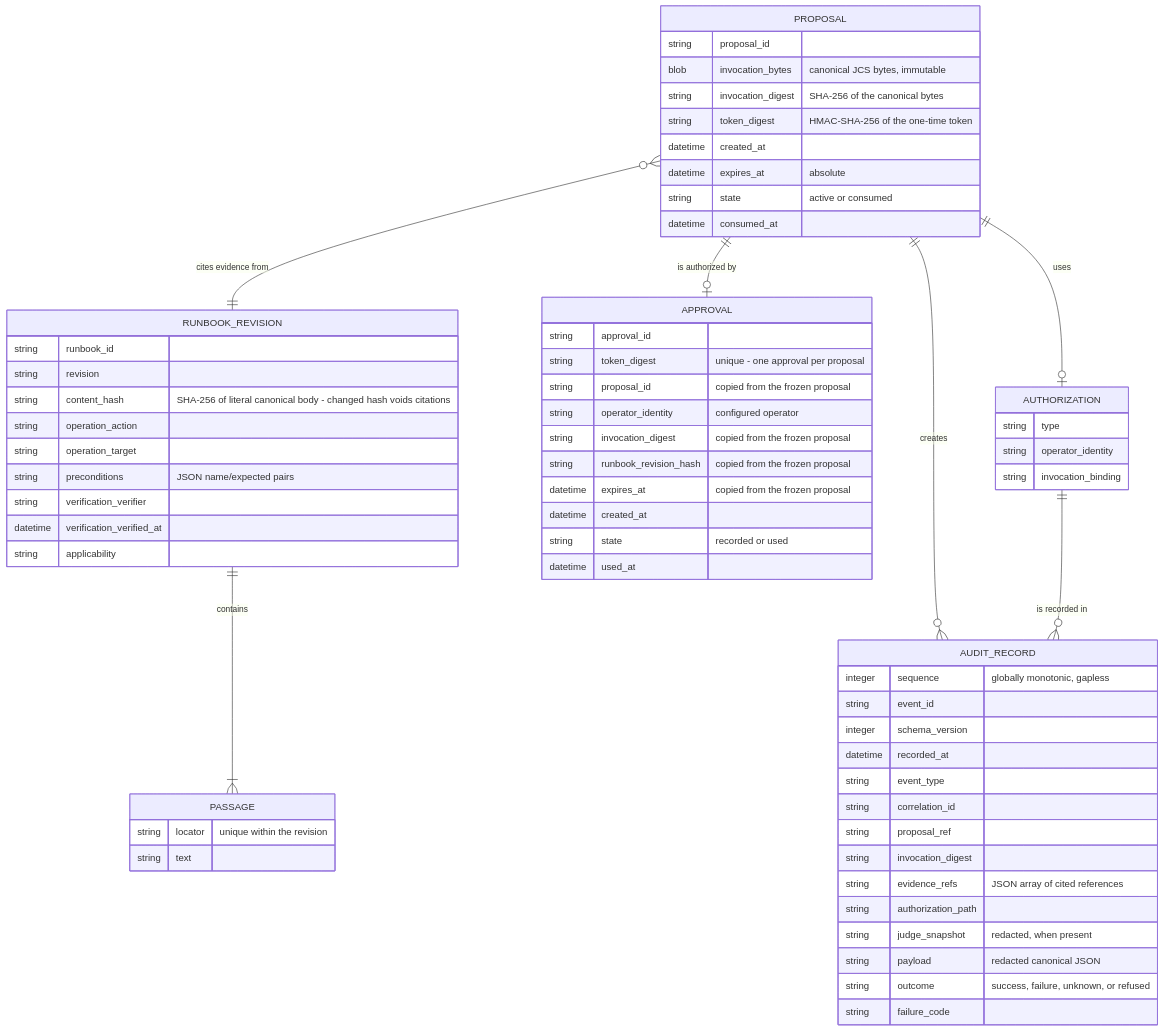
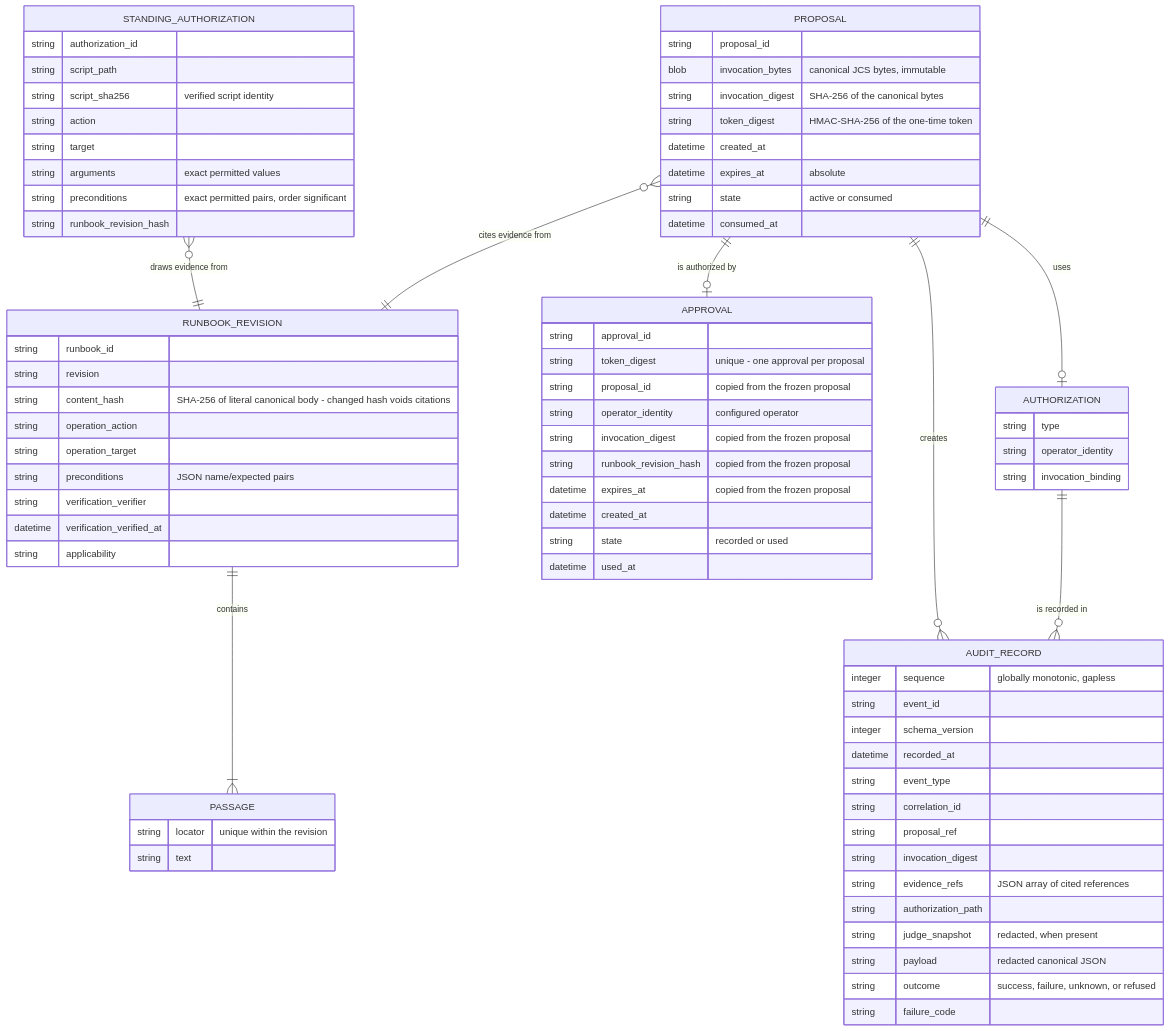
The second of 2 diagrams in docs/architecture.md (alanfong93/ops-guard), drawn with Mermaid before and after one commit. The commit also changed 6 other files, not shown here.

First line of the commit message:
feat: exact complete-invocation standing authorization (#13) (#23)

````diff
--- a/docs/architecture.md
+++ b/docs/architecture.md
@@ -28,67 +28,78 @@
 ```mermaid
 erDiagram
     RUNBOOK_REVISION ||--|{ PASSAGE : "contains"
+    STANDING_AUTHORIZATION }o--|| RUNBOOK_REVISION : "draws evidence from"
     PROPOSAL }o--|| RUNBOOK_REVISION : "cites evidence from"
     PROPOSAL ||--o| APPROVAL : "is authorized by"
     PROPOSAL ||--o| AUTHORIZATION : "uses"
     PROPOSAL ||--o{ AUDIT_RECORD : "creates"
     AUTHORIZATION ||--o{ AUDIT_RECORD : "is recorded in"
+    STANDING_AUTHORIZATION {
+        string authorization_id
+        string script_path
+        string script_sha256 "verified script identity"
+        string action
+        string target
+        string arguments "exact permitted values"
+        string preconditions "exact permitted pairs, order significant"
+        string runbook_revision_hash
+    }
     RUNBOOK_REVISION {
         string runbook_id
         string revision
         string content_hash "SHA-256 of literal canonical body - changed hash voids citations"
         string operation_action
         string operation_target
         string preconditions "JSON name/expected pairs"
         string verification_verifier
         datetime verification_verified_at
         string applicability
     }
     PASSAGE {
         string locator "unique within the revision"
         string text
     }
     PROPOSAL {
         string proposal_id
         blob invocation_bytes "canonical JCS bytes, immutable"
         string invocation_digest "SHA-256 of the canonical bytes"
         string token_digest "HMAC-SHA-256 of the one-time token"
         datetime created_at
         datetime expires_at "absolute"
         string state "active or consumed"
         datetime consumed_at
     }
     APPROVAL {
         string approval_id
         string token_digest "unique - one approval per proposal"
         string proposal_id "copied from the frozen proposal"
         string operator_identity "configured operator"
         string invocation_digest "copied from the frozen proposal"
         string runbook_revision_hash "copied from the frozen proposal"
         datetime expires_at "copied from the frozen proposal"
         datetime created_at
         string state "recorded or used"
         datetime used_at
     }
     AUTHORIZATION {
         string type
         string operator_identity
         string invocation_binding
     }
     AUDIT_RECORD {
         integer sequence "globally monotonic, gapless"
         string event_id
         integer schema_version
         datetime recorded_at
         string event_type
         string correlation_id
         string proposal_ref
         string invocation_digest
         string evidence_refs "JSON array of cited references"
         string authorization_path
         string judge_snapshot "redacted, when present"
         string payload "redacted canonical JSON"
         string outcome "success, failure, unknown, or refused"
         string failure_code
     }
 ```
````
